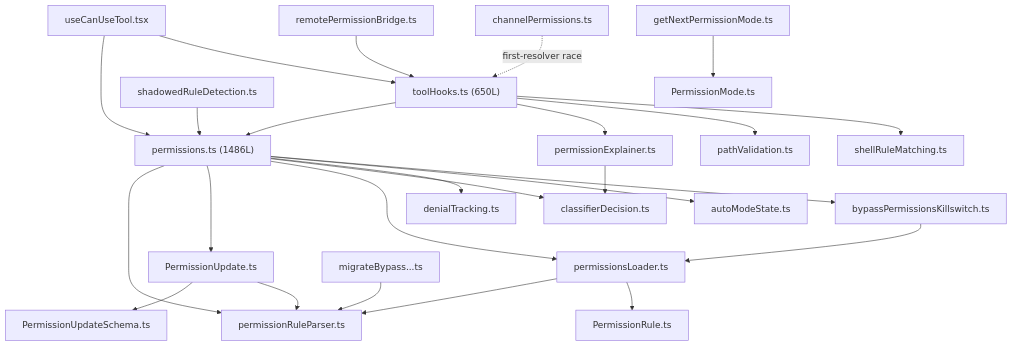
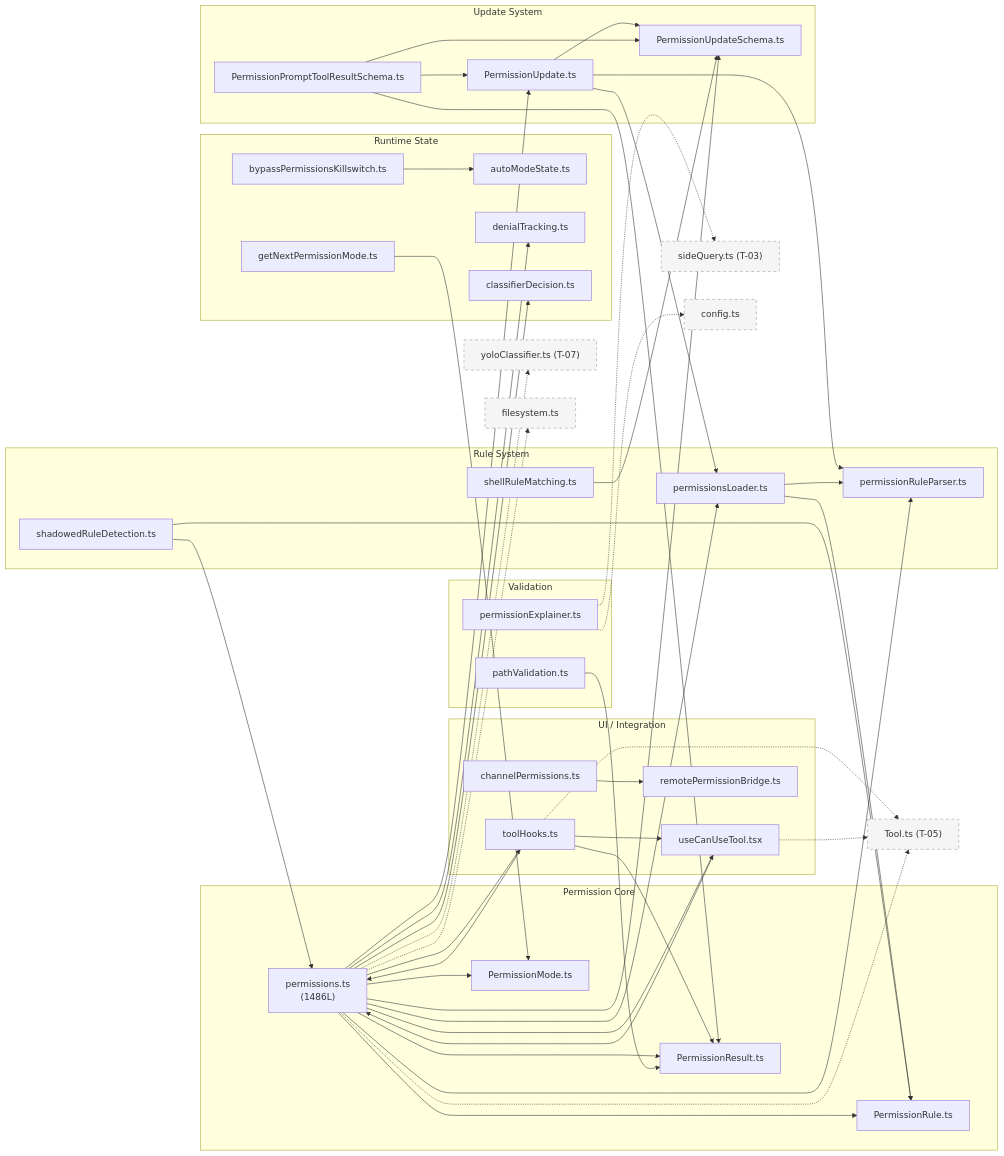
Before and after one commit to LiuYuuChen/clawcode_analysis: the first of 8 diagrams in branches/main/task-analyses/T-06-permission-rules.md, drawn with Mermaid. The commit also changed other lines of this file and 137 other files, not shown here.

````diff
--- a/branches/main/task-analyses/T-06-permission-rules.md
+++ b/branches/main/task-analyses/T-06-permission-rules.md
@@ -103,34 +106,61 @@
 ```mermaid
-flowchart TD
-    PERM["permissions.ts (1486L)"] --> PRP["permissionRuleParser.ts"]
-    PERM --> PERMU["PermissionUpdate.ts"]
-    PERM --> PERML["permissionsLoader.ts"]
-    PERM --> CD["classifierDecision.ts"]
-    PERM --> DT["denialTracking.ts"]
-    PERM --> AMS["autoModeState.ts"]
-    PERM --> BPK["bypassPermissionsKillswitch.ts"]
+flowchart LR
+    subgraph Core["Permission Core"]
+        PERM["permissions.ts<br/>(1486L)"]
+        PR["PermissionRule.ts"]
+        PM["PermissionMode.ts"]
+        PRES["PermissionResult.ts"]
+    end
+    subgraph Rules["Rule System"]
+        PRP["permissionRuleParser.ts"]
+        PL["permissionsLoader.ts"]
+        SRM["shellRuleMatching.ts"]
+        SRD["shadowedRuleDetection.ts"]
+    end
+    subgraph Updates["Update System"]
+        PU["PermissionUpdate.ts"]
+        PUS["PermissionUpdateSchema.ts"]
+        PPT["PermissionPromptToolResultSchema.ts"]
+    end
+    subgraph Runtime["Runtime State"]
+        AMS["autoModeState.ts"]
+        DT["denialTracking.ts"]
+        BNK["bypassPermissionsKillswitch.ts"]
+        CD["classifierDecision.ts"]
+        GPM["getNextPermissionMode.ts"]
+    end
+    subgraph Validation["Validation"]
+        PV["pathValidation.ts"]
+        PE["permissionExplainer.ts"]
+    end
+    subgraph UI["UI / Integration"]
+        UCU["useCanUseTool.tsx"]
+        TH["toolHooks.ts"]
+        CP["channelPermissions.ts"]
+        RPB["remotePermissionBridge.ts"]
+    end
 
-    TH["toolHooks.ts (650L)"] --> PERM
-    TH --> PE["permissionExplainer.ts"]
-    TH --> PV["pathValidation.ts"]
-    TH --> SRM["shellRuleMatching.ts"]
+    PERM --> PR & PM & PRES & PRP & PL & PU & PUS & DT & CD
+    PERM --> UCU & TH
+    UCU --> PERM
+    TH --> PERM & UCU & PRES
+    PU --> PRP & PL & PUS
+    PPT --> PU & PUS & PRES
+    PL --> PR & PRP
+    SRD --> PR & PERM
+    SRM --> PUS
+    GPM --> PM
+    PV --> PRES
+    CP --> RPB
+    BNK --> AMS
 
-    PERMU --> PUS["PermissionUpdateSchema.ts"]
-    PERMU --> PRP
+    TH -.-> TOOL["Tool.ts (T-05)"]:::external
+    PERM -.-> TOOL
+    UCU -.-> TOOL
+    PERM -.-> YC["yoloClassifier.ts (T-07)"]:::external
+    PERM -.-> FS["filesystem.ts"]:::external
+    PE -.-> SQ["sideQuery.ts (T-03)"]:::external
+    PE -.-> CFG["config.ts"]:::external
 
-    PERML --> PRP
-    PERML --> PR["PermissionRule.ts"]
-
-    UCUT["useCanUseTool.tsx"] --> PERM
-    UCUT --> TH
-
-    RPB["remotePermissionBridge.ts"] --> TH
-    SRD["shadowedRuleDetection.ts"] --> PERM
-    GNPM["getNextPermissionMode.ts"] --> PM["PermissionMode.ts"]
-    BPK --> PERML
-
-    PE --> CD
-    MIG["migrateBypass...ts"] --> PRP
-
-    CP["channelPermissions.ts"] -.->|"first-resolver race"| TH
+    classDef external fill:#f5f5f5,stroke:#999,stroke-dasharray: 5 5
 ```
````
